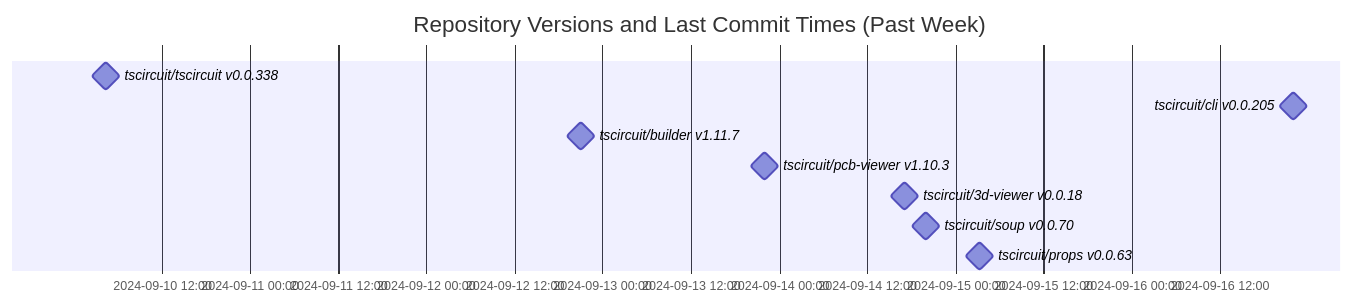
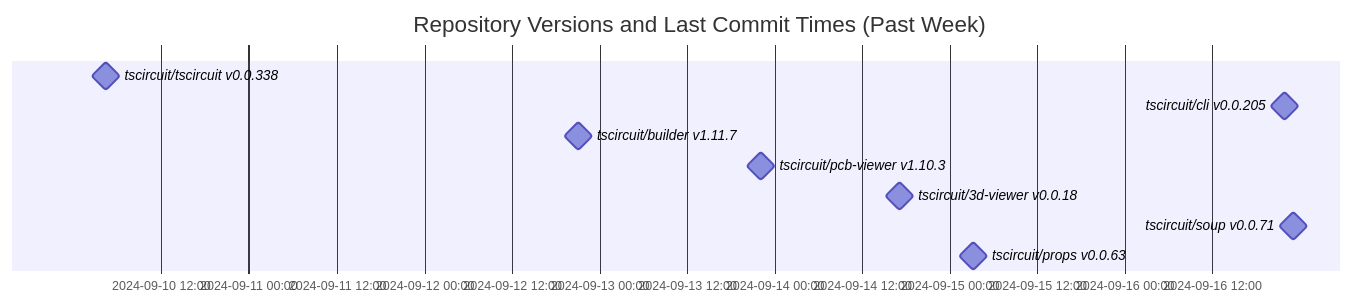
The diagram in README.md (tscircuit/version-tracker), drawn with Mermaid before and after one commit.

Commit message:
Update chart

````diff
--- a/README.md
+++ b/README.md
@@ -1,14 +1,14 @@
 ```mermaid
 gantt
   dateFormat  YYYY-MM-DD HH:mm:ss
   title Repository Versions and Last Commit Times (Past Week)
   axisFormat %Y-%m-%d %H:%M
 
   tscircuit/tscircuit v0.0.338 : milestone, 2024-09-10 04:23:10, 1s
   tscircuit/cli v0.0.205 : milestone, 2024-09-16 21:59:30, 1s
   tscircuit/builder v1.11.7 : milestone, 2024-09-12 21:03:51, 1s
   tscircuit/pcb-viewer v1.10.3 : milestone, 2024-09-13 22:06:50, 1s
   tscircuit/3d-viewer v0.0.18 : milestone, 2024-09-14 17:06:37, 1s
-  tscircuit/soup v0.0.70 : milestone, 2024-09-14 19:58:16, 1s
+  tscircuit/soup v0.0.71 : milestone, 2024-09-16 23:07:32, 1s
   tscircuit/props v0.0.63 : milestone, 2024-09-15 03:15:19, 1s
 ```
````
